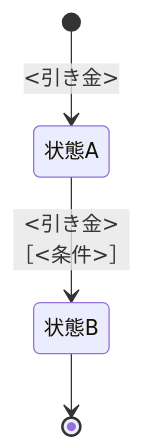
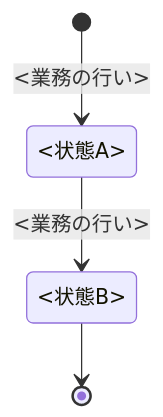
The diagram in plugins/write-doc/skills/write-doc/assets/templates/domain-rule.md (nakamori-naoya/write-doc-plugins), drawn with Mermaid before and after one commit. The commit also changed other lines of this file and 1 other file, not shown here.

First line of the commit message:
feat(domain-rule): 業務知識の型を見出しと文章にし、見本を図書館の貸出にする（R2-01, 02, 04）

````diff
--- a/plugins/write-doc/skills/write-doc/assets/templates/domain-rule.md
+++ b/plugins/write-doc/skills/write-doc/assets/templates/domain-rule.md
@@ -100,6 +73,6 @@
 ```mermaid
 stateDiagram-v2
-    [*] --> 状態A: <引き金>
-    状態A --> 状態B: <引き金><br/>［<条件>］
-    状態B --> [*]
+    [*] --> <状態A>: <業務の行い>
+    <状態A> --> <状態B>: <業務の行い>
+    <状態B> --> [*]
 ```
````
